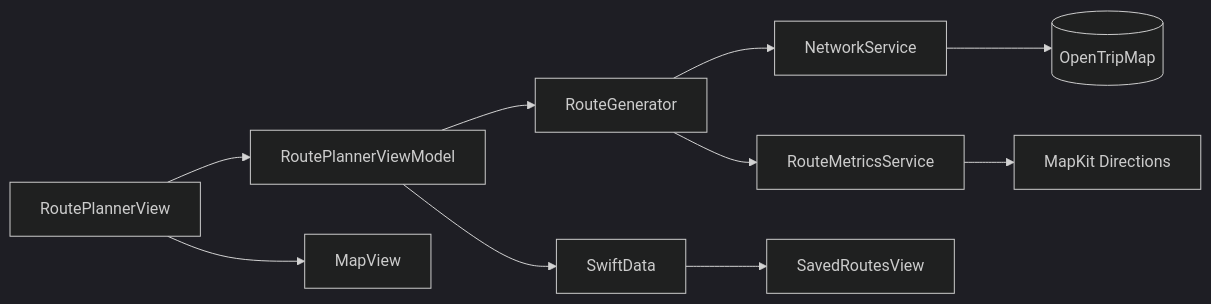
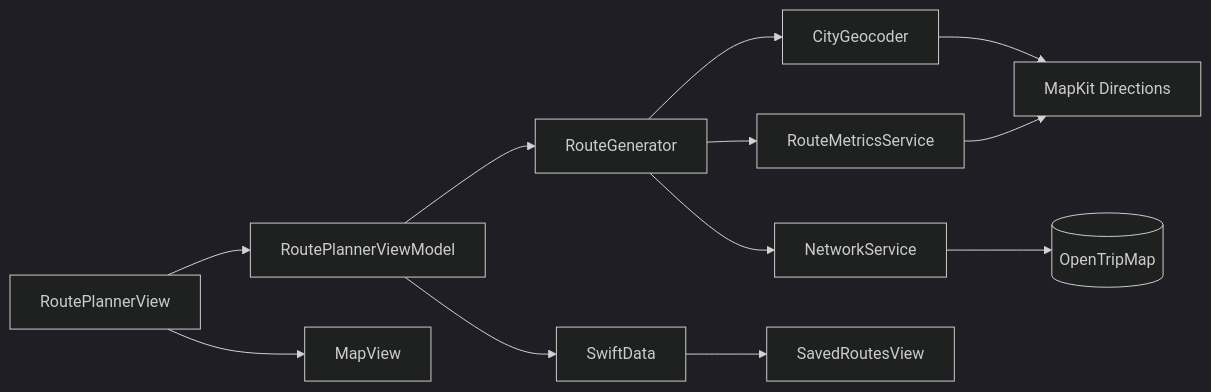
One commit to Kolya-Sudak-fr/NatureRouteAI changed the diagram in README.md. Above: the diagram before and after it, drawn with Mermaid (dark theme). The commit also changed other lines of this file and 15 other files, not shown here.

````diff
--- a/README.md
+++ b/README.md
@@ -46,12 +46,14 @@
 ```mermaid
 flowchart LR
     V[RoutePlannerView] --> VM[RoutePlannerViewModel]
     VM --> RG[RouteGenerator]
+    RG --> CG[CityGeocoder]
+    CG --> MK
     RG --> NS[NetworkService]
     NS --> API[(OpenTripMap)]
     RG --> RM[RouteMetricsService]
     RM --> MK[MapKit Directions]
     VM --> SD[SwiftData]
     SD --> SR[SavedRoutesView]
     V --> M[MapView]
 ```
````
